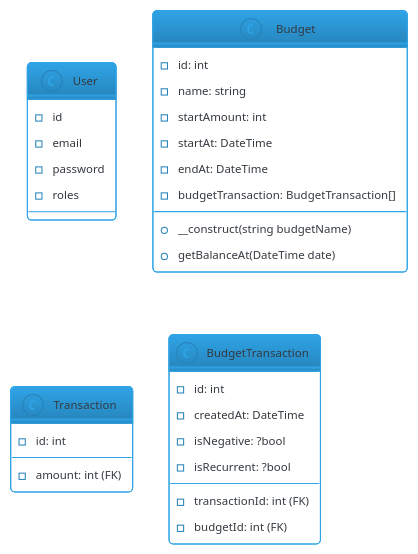
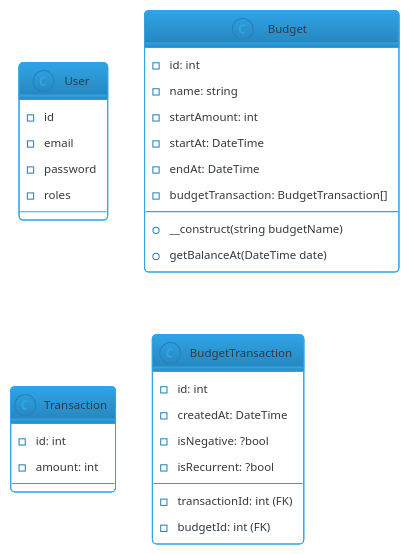
One commit to hello-devs/budget-manager-api changed the diagram in docs/classes/general-classes-diagram.puml. Above: the diagram before and after it, drawn with PlantUML.

Commit message:
docs: update classes diagram

```diff
--- a/docs/classes/general-classes-diagram.puml
+++ b/docs/classes/general-classes-diagram.puml
@@ -1,44 +1,44 @@
 @startuml
 'https://plantuml.com/class-diagram
 !theme cerulean-outline
 skinparam backgroundColor white
 '----------------------------------------------
 
 class User{
         -id
         -email
         -password
         -roles
 }
 
 class Budget {
 
     - id: int
     - name: string
     - startAmount: int
     - startAt: DateTime
     - endAt: DateTime
     - budgetTransaction: BudgetTransaction[]
 
     + __construct(string budgetName)
     + getBalanceAt(DateTime date)
 
 }
 
 class Transaction {
 
     - id: int
-    - amount: int (FK)
+    - amount: int
 }
 
 class BudgetTransaction {
 
     - id: int
     - createdAt: DateTime
     - isNegative: ?bool
     - isRecurrent: ?bool
     - transactionId: int (FK)
     - budgetId: int (FK)
 }
 
 @enduml
```
